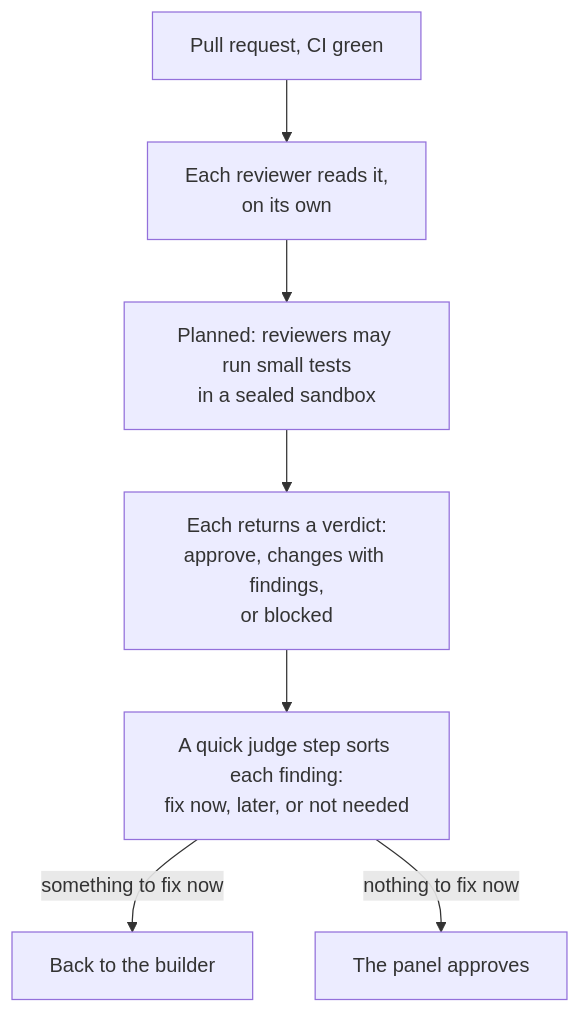
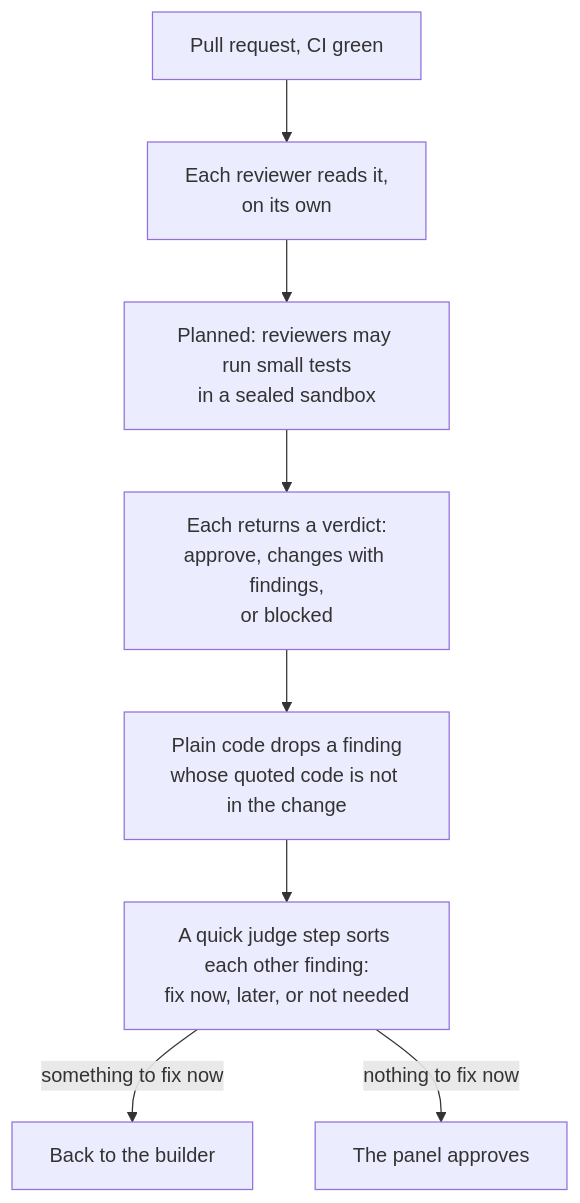
Before and after one commit to shinyredapples/intakt: the fourth of 5 diagrams in docs/guide/the-journey-of-a-task.md, drawn with Mermaid. The commit also changed 4 other files, not shown here.

````diff
--- a/docs/guide/the-journey-of-a-task.md
+++ b/docs/guide/the-journey-of-a-task.md
@@ -88,9 +88,10 @@
 ```mermaid
 flowchart TD
   pr[Pull request, CI green] --> panel[Each reviewer reads it,<br/>on its own]
   panel --> probes[Planned: reviewers may run small tests<br/>in a sealed sandbox]
   probes --> verdicts[Each returns a verdict:<br/>approve, changes with findings,<br/>or blocked]
-  verdicts --> judge[A quick judge step sorts each finding:<br/>fix now, later, or not needed]
+  verdicts --> quotes[Plain code drops a finding<br/>whose quoted code is not in the change]
+  quotes --> judge[A quick judge step sorts each other finding:<br/>fix now, later, or not needed]
   judge -- something to fix now --> build[Back to the builder]
   judge -- nothing to fix now --> pass[The panel approves]
 ```
````
